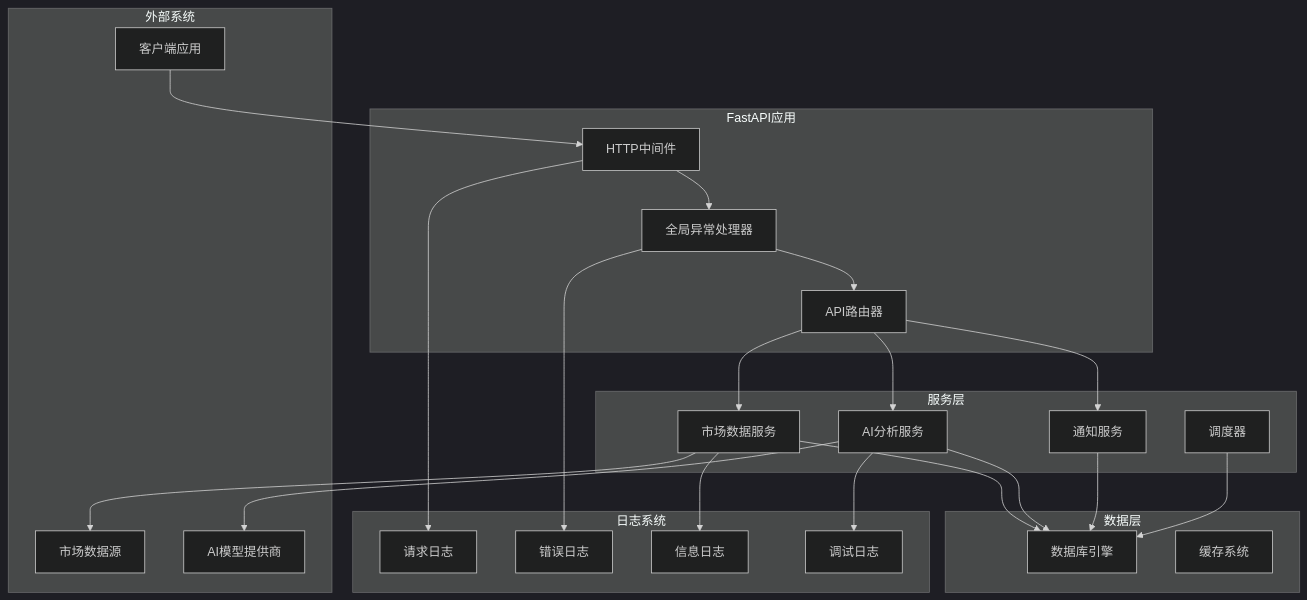
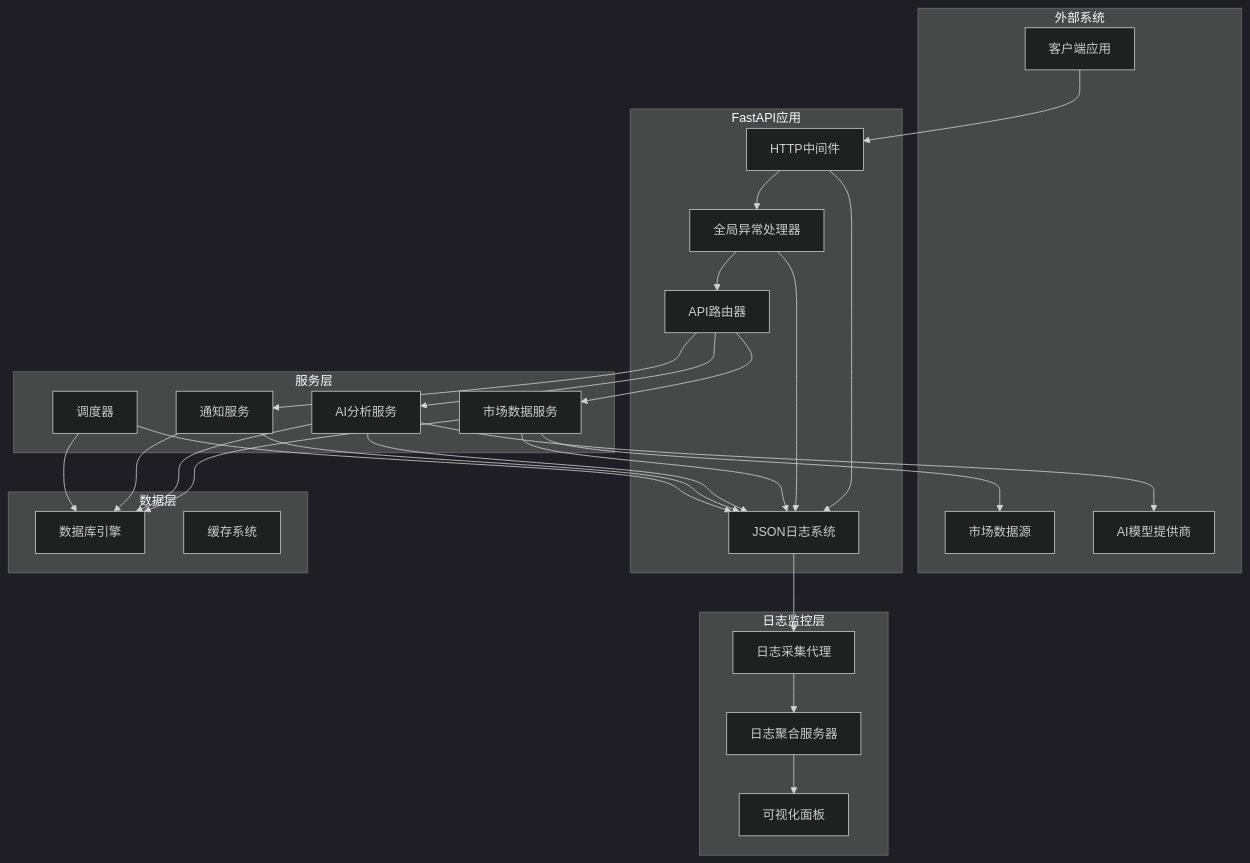
One commit to breeze-lyf/ai-stock-advisor changed the fifth of 10 diagrams in .qoder/repowiki/zh/content/Debug Logging Enhancement.md. Above: the diagram before and after it, drawn with Mermaid (dark theme). The commit also changed other lines of this file and 43 other files, not shown here.

Commit message:
feat: Enhance AI analysis service, update market data providers, and refactor stock detail UI with new analysis components.

````diff
--- a/.qoder/repowiki/zh/content/Debug Logging Enhancement.md
+++ b/.qoder/repowiki/zh/content/Debug Logging Enhancement.md
@@ -173,45 +218,50 @@
 ```mermaid
 graph TB
 subgraph "外部系统"
 Clients[客户端应用]
 MarketProviders[市场数据源]
 AIProviders[AI模型提供商]
 end
 subgraph "FastAPI应用"
 HTTPMiddleware[HTTP中间件]
 GlobalExceptionHandler[全局异常处理器]
 Routers[API路由器]
+JSONLogger[JSON日志系统]
 end
 subgraph "服务层"
 MarketDataService[市场数据服务]
 AIService[AI分析服务]
 NotificationService[通知服务]
 Scheduler[调度器]
 end
 subgraph "数据层"
 Database[数据库引擎]
 Cache[缓存系统]
 end
-subgraph "日志系统"
-RequestLogger[请求日志]
-ErrorLogger[错误日志]
-InfoLogger[信息日志]
-DebugLogger[调试日志]
+subgraph "日志监控层"
+Loki[日志聚合服务器]
+Promtail[日志采集代理]
+Grafana[可视化面板]
 end
 Clients --> HTTPMiddleware
 HTTPMiddleware --> GlobalExceptionHandler
 GlobalExceptionHandler --> Routers
 Routers --> MarketDataService
 Routers --> AIService
 Routers --> NotificationService
 MarketDataService --> MarketProviders
 AIService --> AIProviders
 MarketDataService --> Database
 AIService --> Database
 NotificationService --> Database
 Scheduler --> Database
-HTTPMiddleware --> RequestLogger
-GlobalExceptionHandler --> ErrorLogger
-MarketDataService --> InfoLogger
-AIService --> DebugLogger
+HTTPMiddleware --> JSONLogger
+GlobalExceptionHandler --> JSONLogger
+MarketDataService --> JSONLogger
+AIService --> JSONLogger
+NotificationService --> JSONLogger
+Scheduler --> JSONLogger
+JSONLogger --> Promtail
+Promtail --> Loki
+Loki --> Grafana
 ```
````
